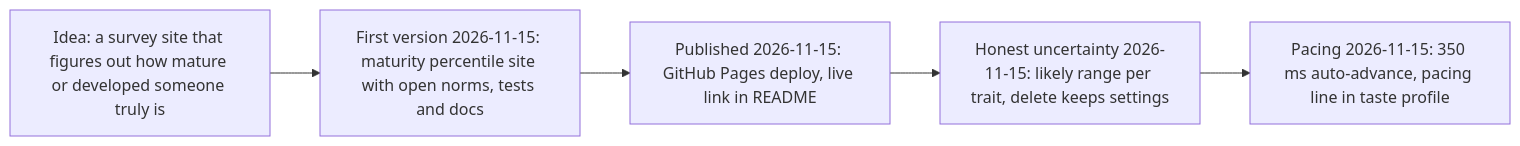
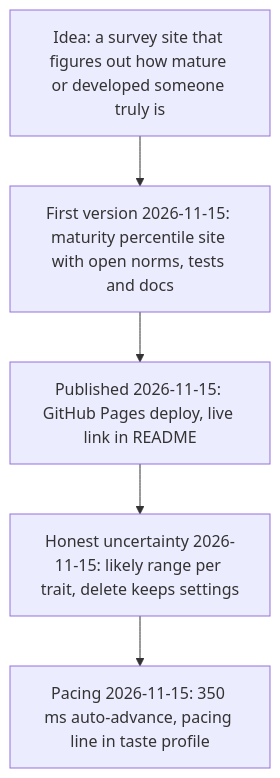
One commit to amalmehta/HowDevelopedAreYou changed the first of 3 diagrams in docs/HOW-IT-WAS-BUILT.md. Above: the diagram before and after it, drawn with Mermaid.

Commit message:
Draw the build history top to bottom so it stays readable

````diff
--- a/docs/HOW-IT-WAS-BUILT.md
+++ b/docs/HOW-IT-WAS-BUILT.md
@@ -8,9 +8,9 @@
 ```mermaid
-flowchart LR
+flowchart TD
   idea["Idea: a survey site that figures out how mature or developed someone truly is"]
   m1["First version 2026-11-15: maturity percentile site with open norms, tests and docs"]
   m2["Published 2026-11-15: GitHub Pages deploy, live link in README"]
   m3["Honest uncertainty 2026-11-15: likely range per trait, delete keeps settings"]
   m4["Pacing 2026-11-15: 350 ms auto-advance, pacing line in taste profile"]
   idea --> m1 --> m2 --> m3 --> m4
 ```
````
